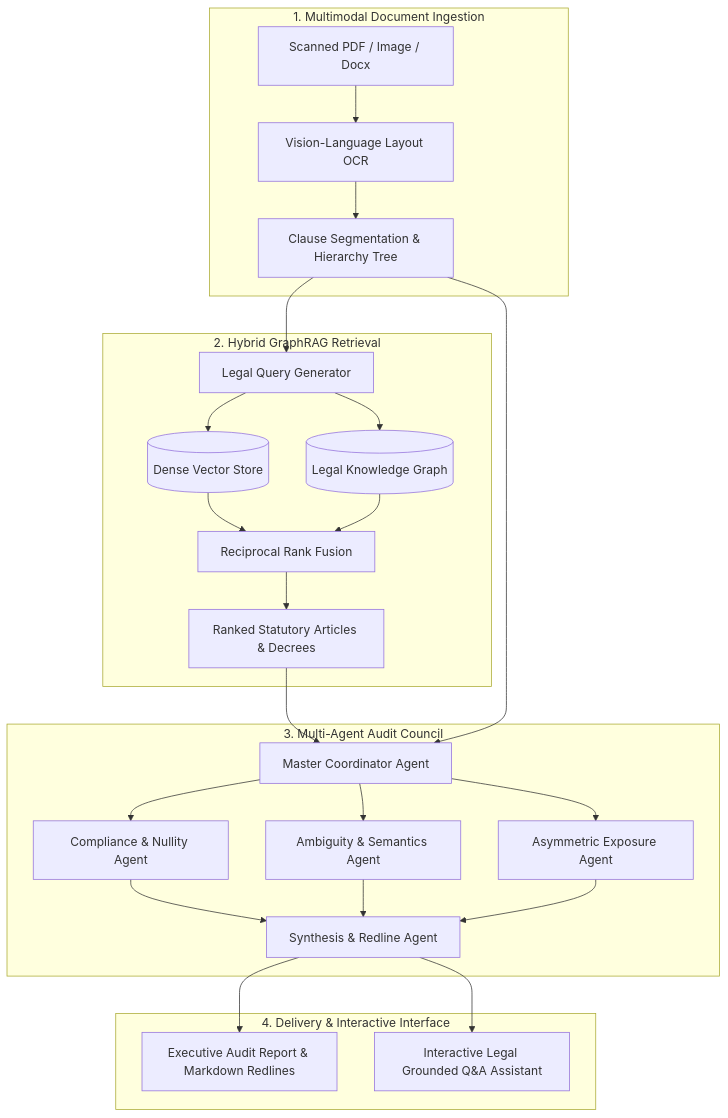
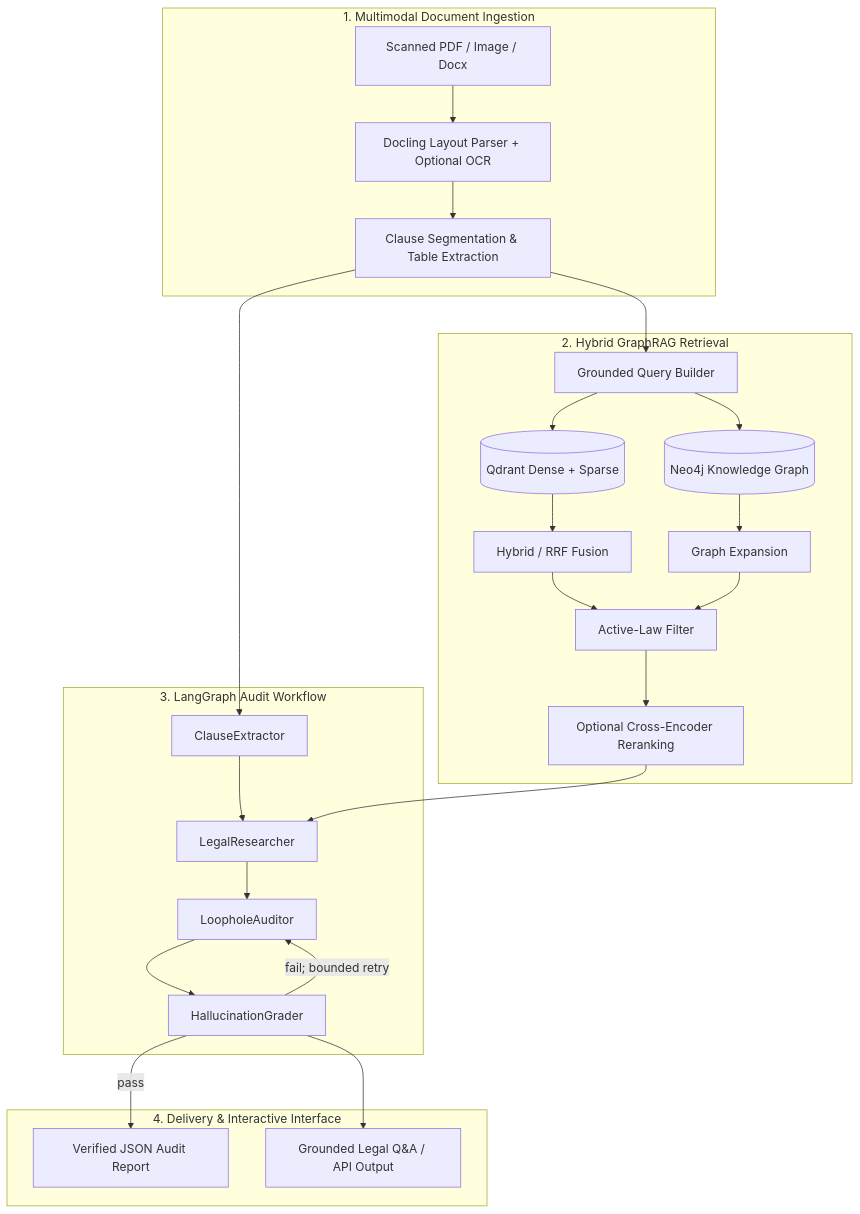
Before and after one commit to hotrungtruc/LexiGuard: the diagram in README.md, drawn with Mermaid. The commit also changed other lines of this file, not shown here.

Commit message:
docs: update project README architecture and benchmarks

````diff
--- a/README.md
+++ b/README.md
@@ -217,29 +218,32 @@
 ```mermaid
 graph TD
     subgraph Ingestion ["1. Multimodal Document Ingestion"]
-        Doc[Scanned PDF / Image / Docx] --> OCR[Vision-Language Layout OCR]
-        OCR --> Struct[Clause Segmentation & Hierarchy Tree]
+        Doc[Scanned PDF / Image / Docx] --> OCR[Docling Layout Parser + Optional OCR]
+        OCR --> Struct[Clause Segmentation & Table Extraction]
     end
 
     subgraph RAG ["2. Hybrid GraphRAG Retrieval"]
-        Struct --> QueryGen[Legal Query Generator]
-        QueryGen --> VDB[(Dense Vector Store)]
-        QueryGen --> KG[(Legal Knowledge Graph)]
-        VDB --> RRF[Reciprocal Rank Fusion]
-        KG --> RRF
-        RRF --> Context[Ranked Statutory Articles & Decrees]
+        Struct --> QueryGen[Grounded Query Builder]
+        QueryGen --> VDB[(Qdrant Dense + Sparse)]
+        QueryGen --> KG[(Neo4j Knowledge Graph)]
+        VDB --> RRF[Hybrid / RRF Fusion]
+        KG --> Expand[Graph Expansion]
+        RRF --> Filter[Active-Law Filter]
+        Expand --> Filter
+        Filter --> Context[Optional Cross-Encoder Reranking]
     end
 
-    subgraph Agents ["3. Multi-Agent Audit Council"]
-        Context & Struct --> Coordinator[Master Coordinator Agent]
-        Coordinator --> CompAgent[Compliance & Nullity Agent]
-        Coordinator --> AmbigAgent[Ambiguity & Semantics Agent]
-        Coordinator --> RiskAgent[Asymmetric Exposure Agent]
-        CompAgent & AmbigAgent & RiskAgent --> RedlineAgent[Synthesis & Redline Agent]
+    subgraph Agents ["3. LangGraph Audit Workflow"]
+        Struct --> Extract[ClauseExtractor]
+        Extract --> Research[LegalResearcher]
+        Context --> Research
+        Research --> Audit[LoopholeAuditor]
+        Audit --> Grade[HallucinationGrader]
+        Grade -- "fail; bounded retry" --> Audit
     end
 
     subgraph Outputs ["4. Delivery & Interactive Interface"]
-        RedlineAgent --> Report[Executive Audit Report & Markdown Redlines]
-        RedlineAgent --> Chat[Interactive Legal Grounded Q&A Assistant]
+        Grade -- "pass" --> Report[Verified JSON Audit Report]
+        Grade --> Chat[Grounded Legal Q&A / API Output]
     end
 ```
````
